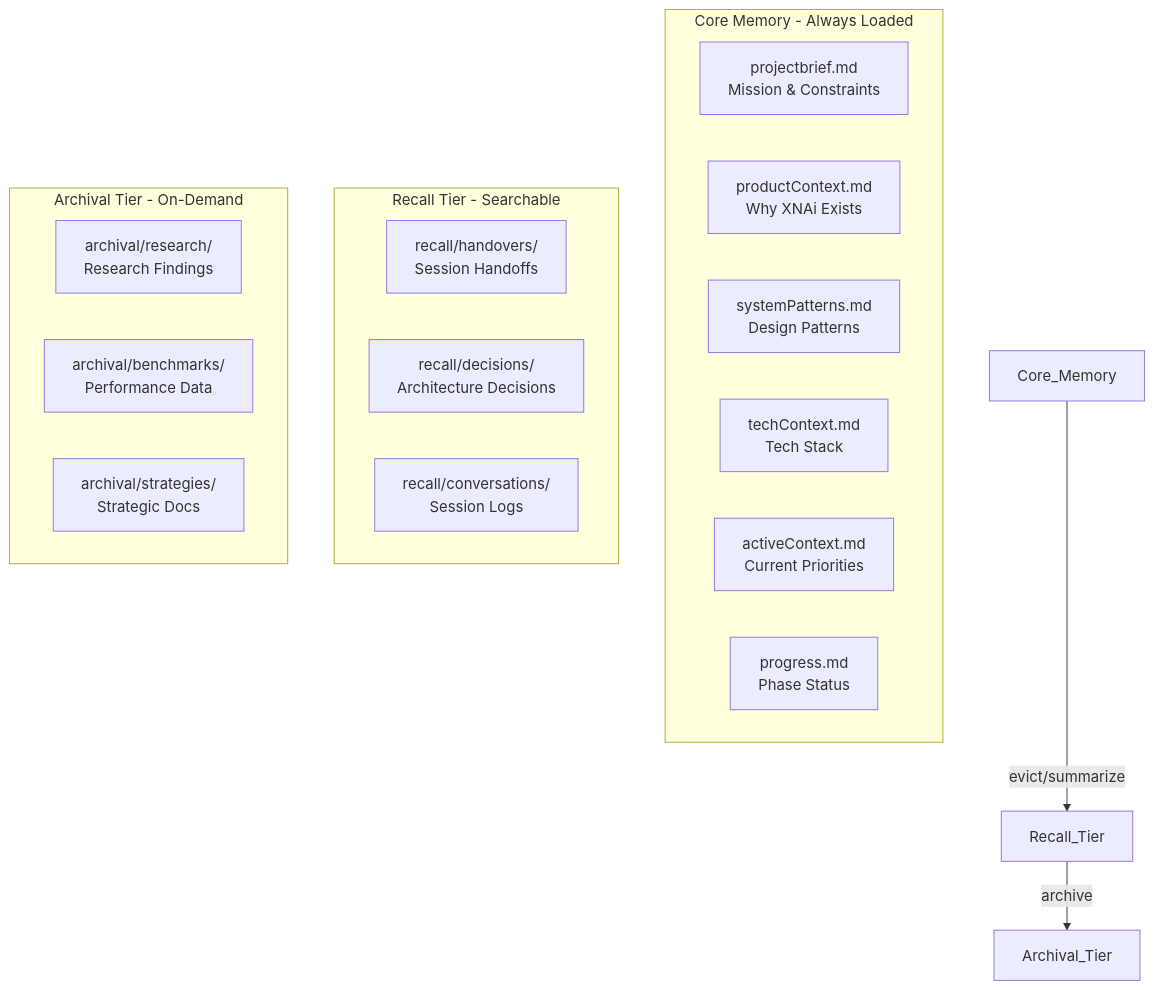
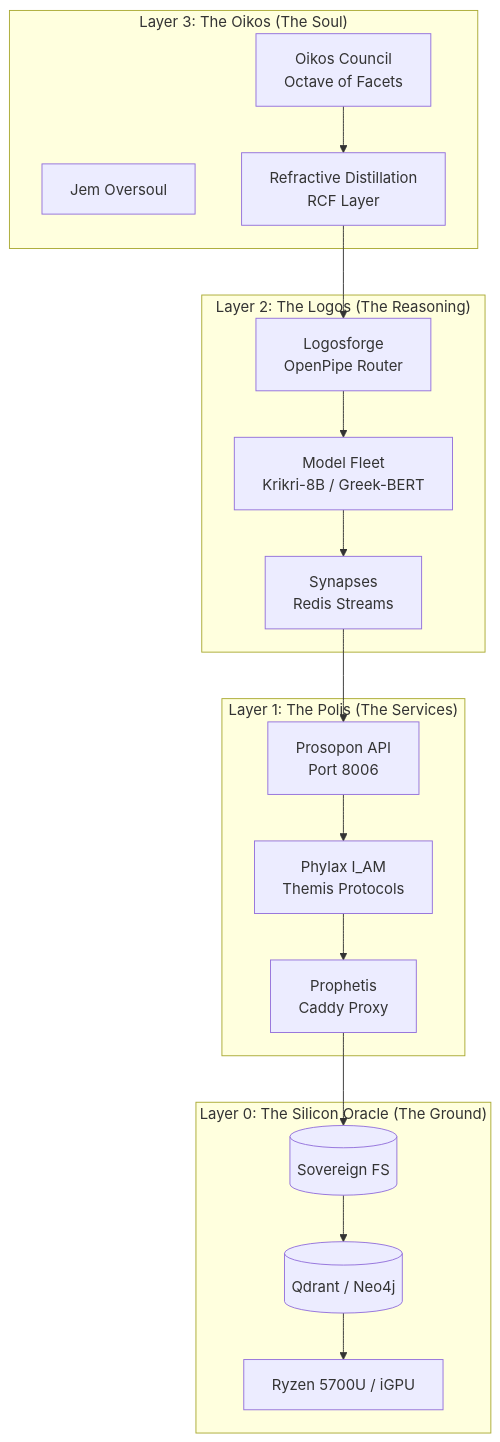
The first of 9 diagrams in memory_bank/ARCHITECTURE.md (Xoe-NovAi/xoe-novai-foundation), drawn with Mermaid before and after one commit. The commit also changed other lines of this file and 1136 other files, not shown here.

````diff
--- a/memory_bank/ARCHITECTURE.md
+++ b/memory_bank/ARCHITECTURE.md
@@ -94,26 +17,37 @@
 ```mermaid
-graph TD
-    subgraph "Core Memory - Always Loaded"
-        PB[projectbrief.md<br/>Mission & Constraints]
-        PC[productContext.md<br/>Why XNAi Exists]
-        SP[systemPatterns.md<br/>Design Patterns]
-        TC[techContext.md<br/>Tech Stack]
-        AC[activeContext.md<br/>Current Priorities]
-        PROG[progress.md<br/>Phase Status]
+graph TB
+    subgraph "Layer 3: The Oikos (The Soul)"
+        COUNCIL[Oikos Council<br/>Octave of Facets]
+        JEM[Jem Oversoul]
+        RDS[Refractive Distillation<br/>RCF Layer]
     end
     
-    subgraph "Recall Tier - Searchable"
-        HANDOVERS[recall/handovers/<br/>Session Handoffs]
-        DECISIONS[recall/decisions/<br/>Architecture Decisions]
-        CONVERSATIONS[recall/conversations/<br/>Session Logs]
+    subgraph "Layer 2: The Logos (The Reasoning)"
+        LOGOSFORGE[Logosforge<br/>OpenPipe Router]
+        MODELS[Model Fleet<br/>Krikri-8B / Greek-BERT]
+        SYNERGY[Synapses<br/>Redis Streams]
     end
     
-    subgraph "Archival Tier - On-Demand"
-        RESEARCH[archival/research/<br/>Research Findings]
-        BENCHMARKS[archival/benchmarks/<br/>Performance Data]
-        STRATEGIES[archival/strategies/<br/>Strategic Docs]
+    subgraph "Layer 1: The Polis (The Services)"
+        PROSOPON[Prosopon API<br/>Port 8006]
+        PHYLAX[Phylax I_AM<br/>Themis Protocols]
+        CADDY[Prophetis<br/>Caddy Proxy]
     end
     
-    Core_Memory -->|evict/summarize| Recall_Tier
-    Recall_Tier -->|archive| Archival_Tier
+    subgraph "Layer 0: The Silicon Oracle (The Ground)"
+        HARDWARE[Ryzen 5700U / iGPU]
+        QDRANT[(Qdrant / Neo4j)]
+        FS[(Sovereign FS)]
+    end
+    
+    COUNCIL --> RDS
+    RDS --> LOGOSFORGE
+    LOGOSFORGE --> MODELS
+    MODELS --> SYNERGY
+    SYNERGY --> PROSOPON
+    PROSOPON --> PHYLAX
+    PHYLAX --> CADDY
+    CADDY --> FS
+    FS --> QDRANT
+    QDRANT --> HARDWARE
 ```
````
